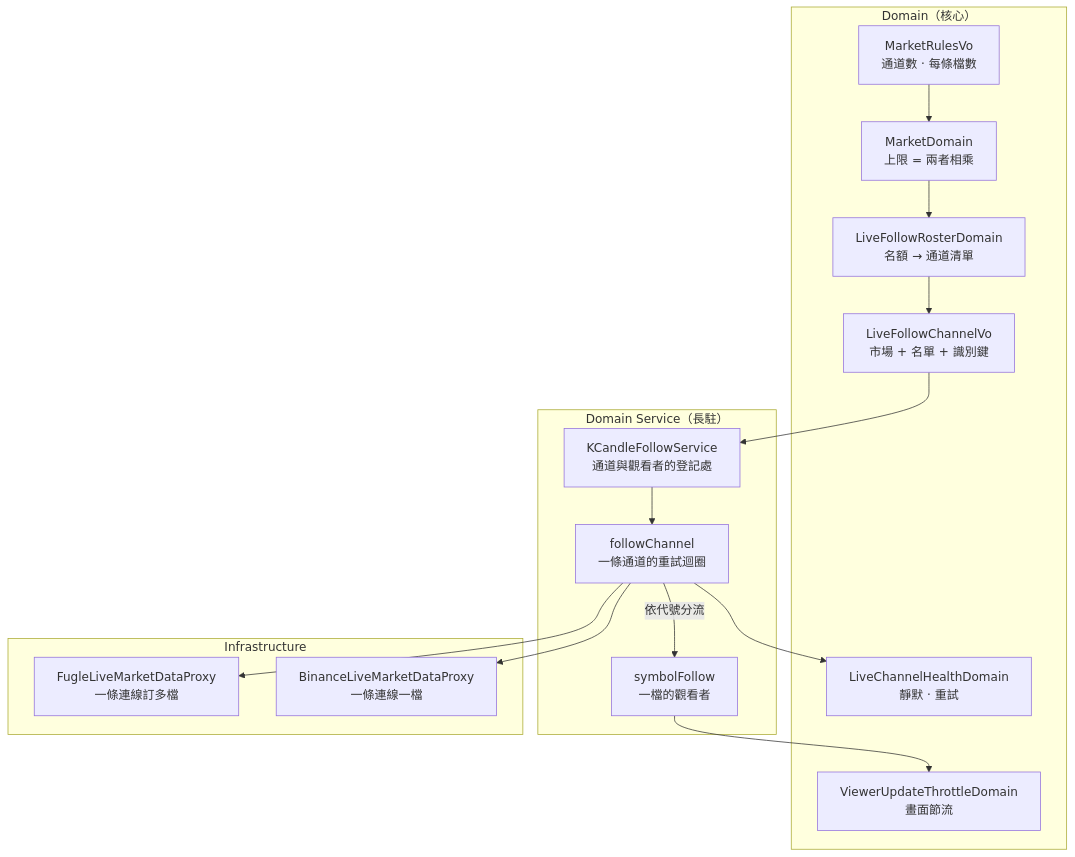
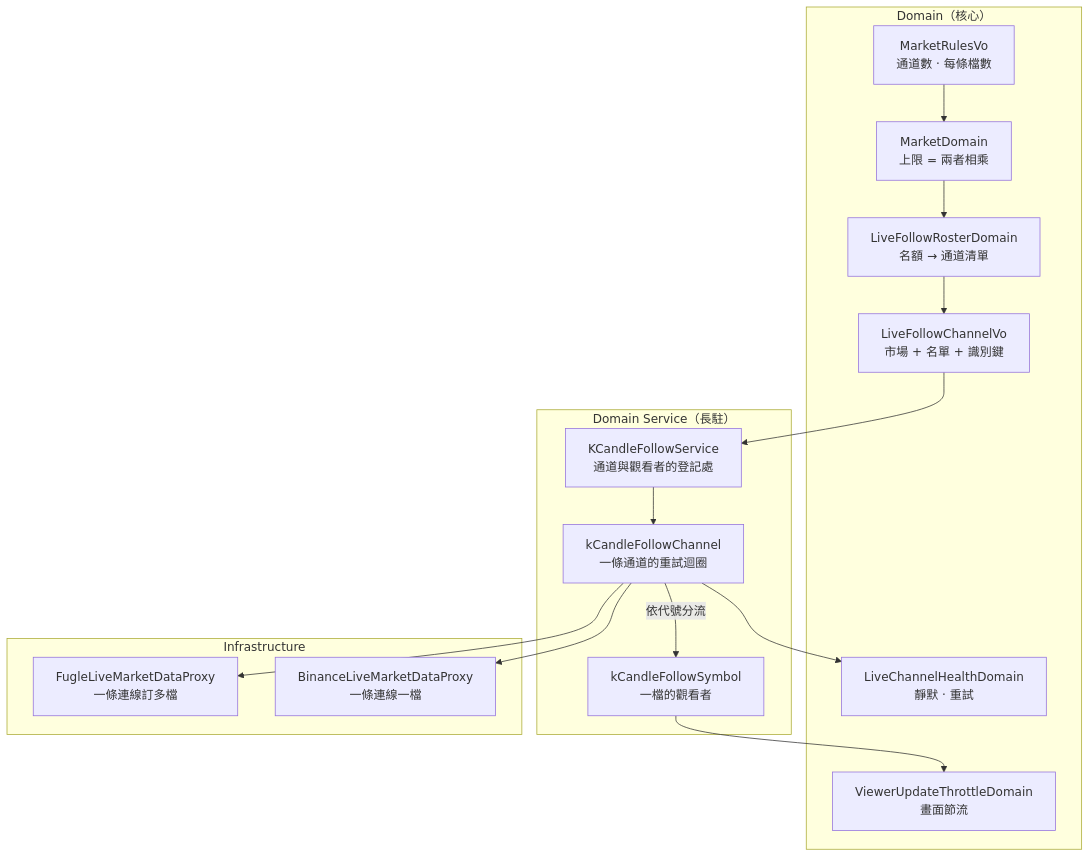
The diagram in .sdd/2026-09-08-shared-live-follow-channel/ARCH.md (CodeMachine0121/go-trading), drawn with Mermaid before and after one commit. The commit also changed other lines of this file and 13 other files, not shown here.

````diff
--- a/.sdd/2026-09-08-shared-live-follow-channel/ARCH.md
+++ b/.sdd/2026-09-08-shared-live-follow-channel/ARCH.md
@@ -93,33 +93,33 @@
 ```mermaid
 flowchart TD
     subgraph Domain["Domain（核心）"]
         MR["MarketRulesVo<br/>通道數 · 每條檔數"]
         MD["MarketDomain<br/>上限 = 兩者相乘"]
         RD["LiveFollowRosterDomain<br/>名額 → 通道清單"]
         CV["LiveFollowChannelVo<br/>市場 + 名單 + 識別鍵"]
         CH["LiveChannelHealthDomain<br/>靜默 · 重試"]
         VT["ViewerUpdateThrottleDomain<br/>畫面節流"]
     end
 
     subgraph Service["Domain Service（長駐）"]
         FS["KCandleFollowService<br/>通道與觀看者的登記處"]
-        FC["followChannel<br/>一條通道的重試迴圈"]
-        SF["symbolFollow<br/>一檔的觀看者"]
+        FC["kCandleFollowChannel<br/>一條通道的重試迴圈"]
+        SF["kCandleFollowSymbol<br/>一檔的觀看者"]
     end
 
     subgraph Infra["Infrastructure"]
         FP["FugleLiveMarketDataProxy<br/>一條連線訂多檔"]
         BP["BinanceLiveMarketDataProxy<br/>一條連線一檔"]
     end
 
     MR --> MD
     MD --> RD
     RD --> CV
     CV --> FS
     FS --> FC
     FC --> CH
     FC --> FP
     FC --> BP
     FC -->|依代號分流| SF
     SF --> VT
 ```
````
